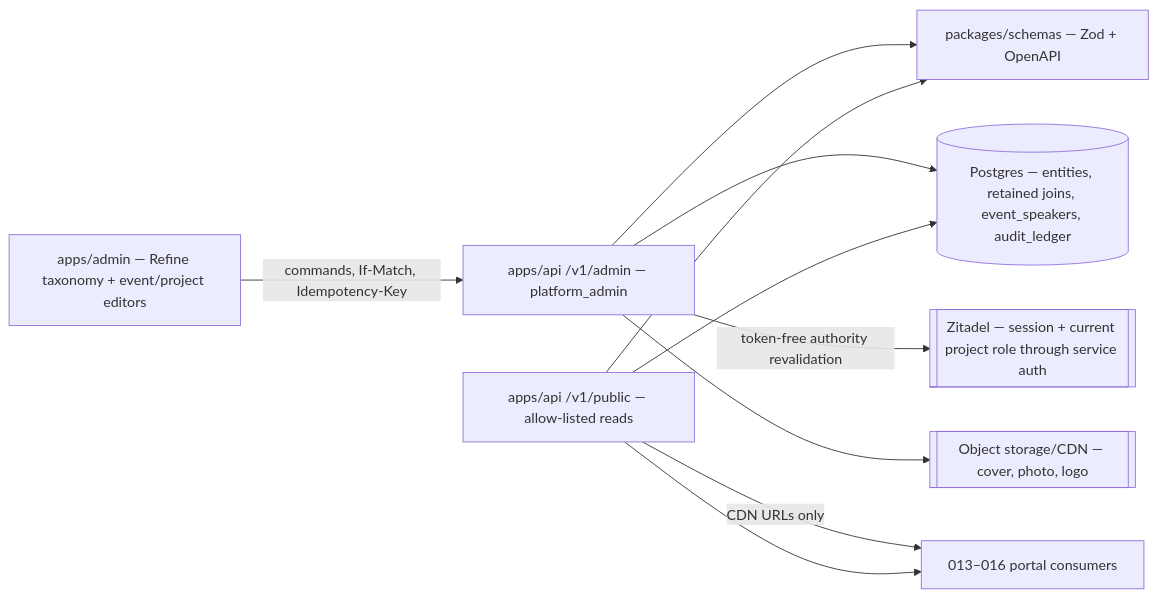
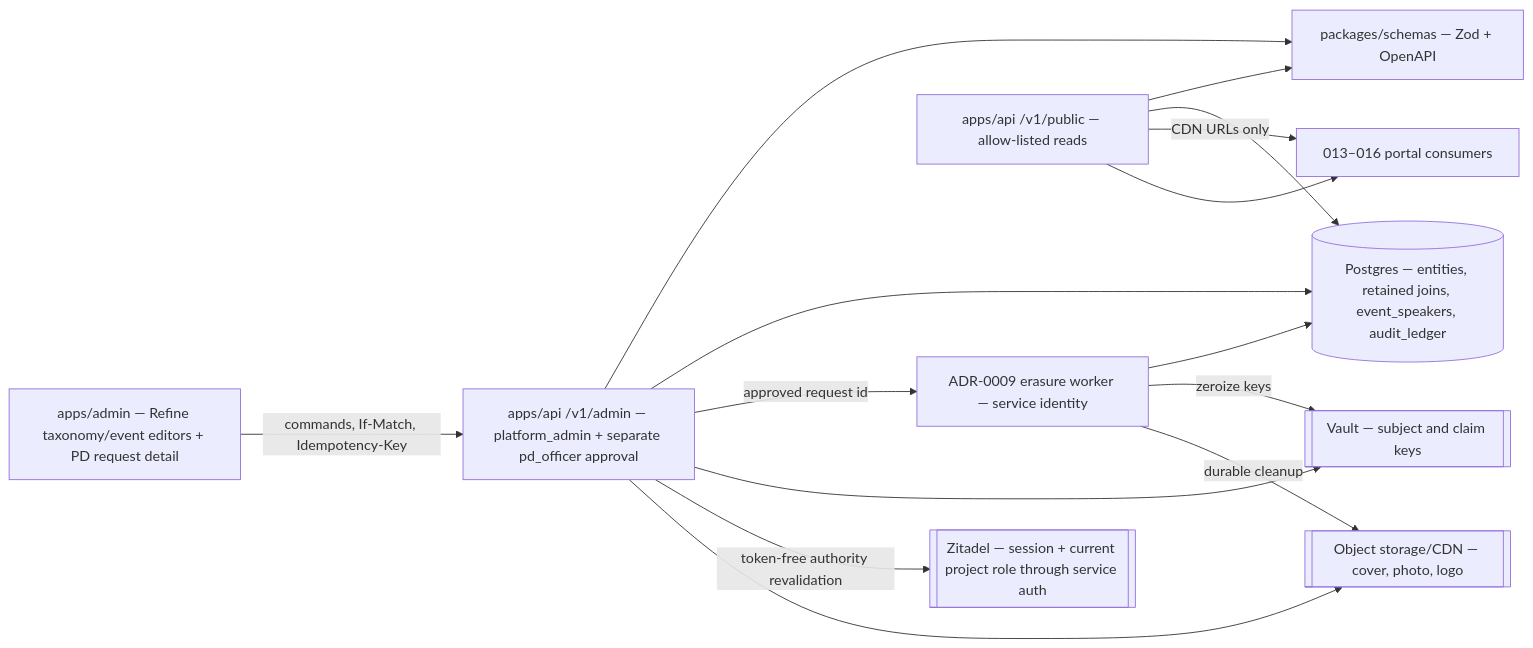
Before and after one commit to doctor-school/ds-platform: the first of 5 diagrams in apps/docs/content/specs/features/012-content-taxonomy/012-design.md, drawn with Mermaid. The commit also changed other lines of this file and 9 other files, not shown here.

````diff
--- a/apps/docs/content/specs/features/012-content-taxonomy/012-design.md
+++ b/apps/docs/content/specs/features/012-content-taxonomy/012-design.md
@@ -16,21 +16,28 @@
 ```mermaid
 flowchart LR
-  ADM[apps/admin — Refine taxonomy + event/project editors]
-  APIA[apps/api /v1/admin — platform_admin]
+  ADM[apps/admin — Refine taxonomy/event editors + PD request detail]
+  APIA[apps/api /v1/admin — platform_admin + separate pd_officer approval]
+  ERW[ADR-0009 erasure worker — service identity]
   APIP[apps/api /v1/public — allow-listed reads]
   SCH[packages/schemas — Zod + OpenAPI]
   DB[(Postgres — entities, retained joins, event_speakers, audit_ledger)]
   S3[[Object storage/CDN — cover, photo, logo]]
   IDP[[Zitadel — session + current project role through service auth]]
+  VAULT[[Vault — subject and claim keys]]
   NEXT[013–016 portal consumers]
 
   ADM -->|commands, If-Match, Idempotency-Key| APIA
   APIA --> SCH
   APIP --> SCH
   APIA --> DB
+  APIA -->|approved request id| ERW
+  ERW --> DB
+  APIA --> VAULT
+  ERW -->|zeroize keys| VAULT
   APIA -->|token-free authority revalidation| IDP
   APIP --> DB
   APIA --> S3
+  ERW -->|durable cleanup| S3
   APIP -->|CDN URLs only| NEXT
   APIP --> NEXT
 ```
````
